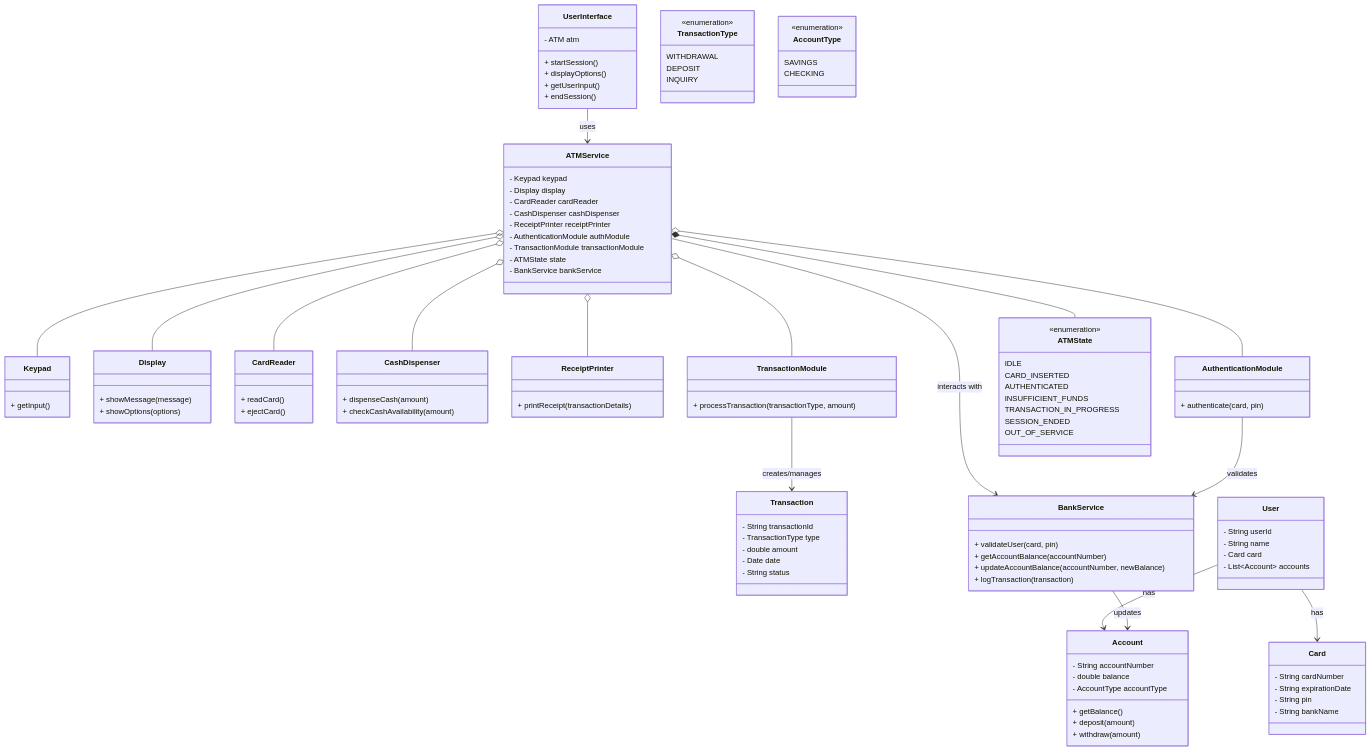
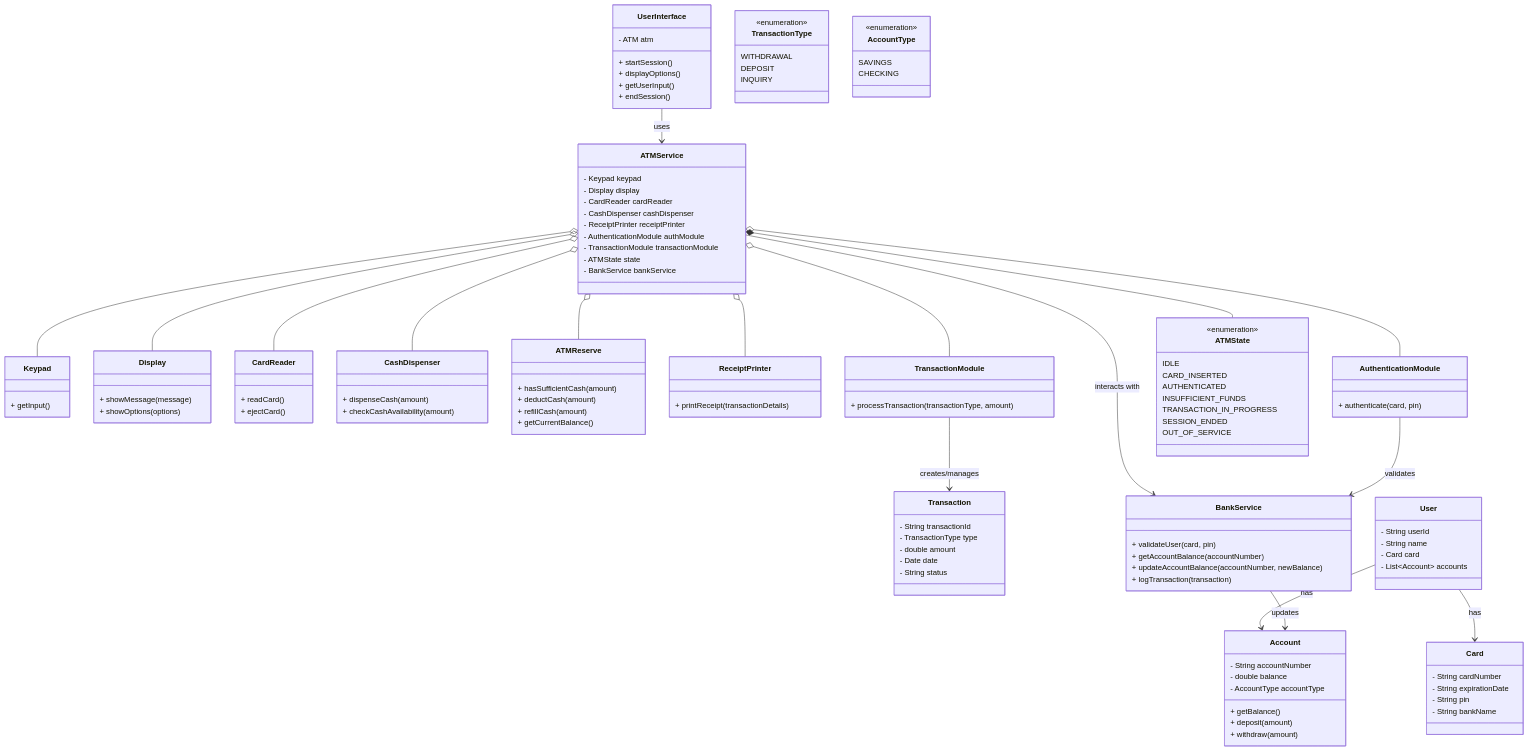
The diagram in code/src/atmSystem/atmSystem.md (divyadhimaan/lld-playground), drawn with Mermaid before and after one commit. The commit also changed 7 other files, not shown here.

```diff
--- a/code/src/atmSystem/atmSystem.md
+++ b/code/src/atmSystem/atmSystem.md
@@ -168,6 +168,13 @@
     class CashDispenser {
         + dispenseCash(amount)
         + checkCashAvailability(amount)
+    }
+    
+    class ATMReserve {
+        + hasSufficientCash(amount)
+        + deductCash(amount)
+        + refillCash(amount)
+        + getCurrentBalance()
     }
 
     class ReceiptPrinter {
@@ -260,6 +267,7 @@
     ATMService o-- TransactionModule
     ATMService --> BankService : interacts with
     ATMService *-- ATMState
+    ATMService o-- ATMReserve 
     TransactionModule --> Transaction : creates/manages
     AuthenticationModule --> BankService : validates
     BankService --> Account : updates
```
